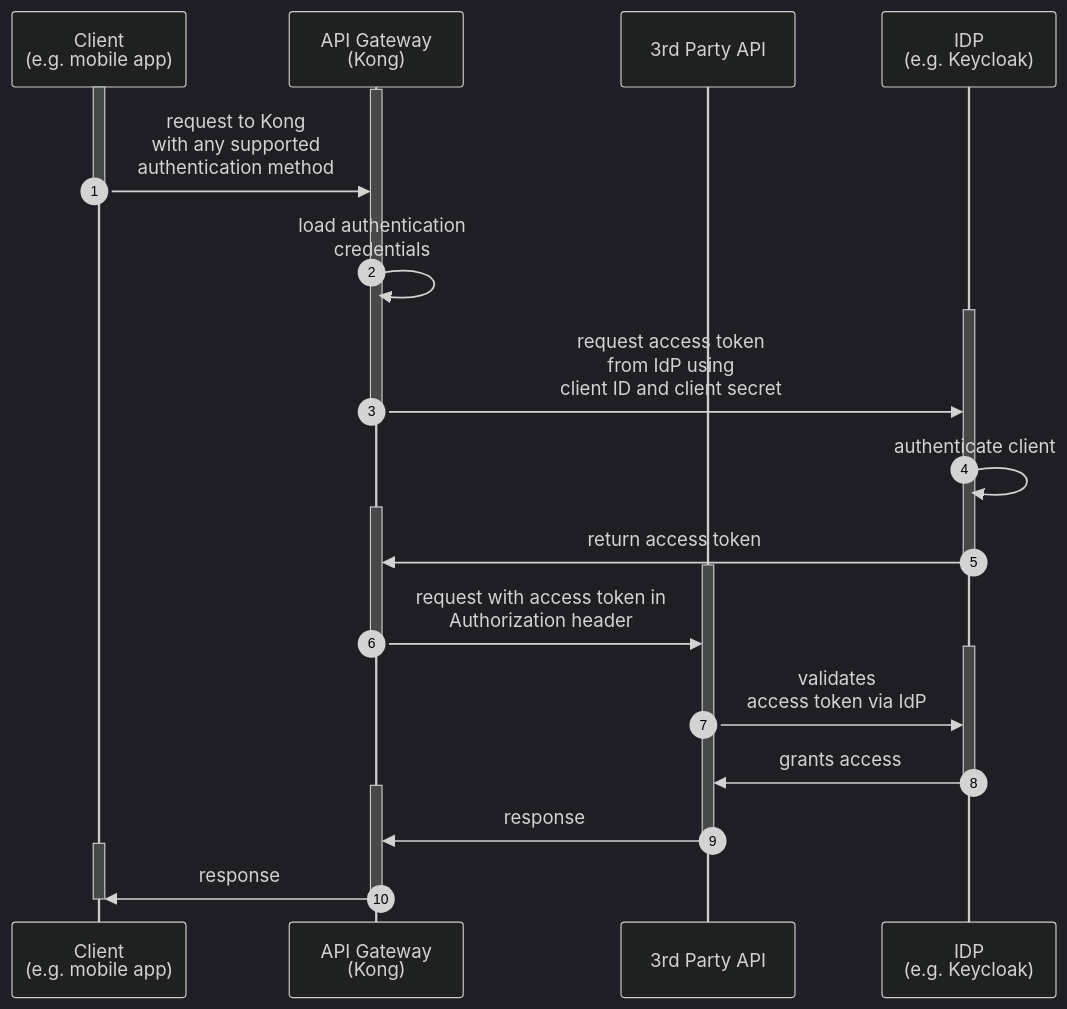
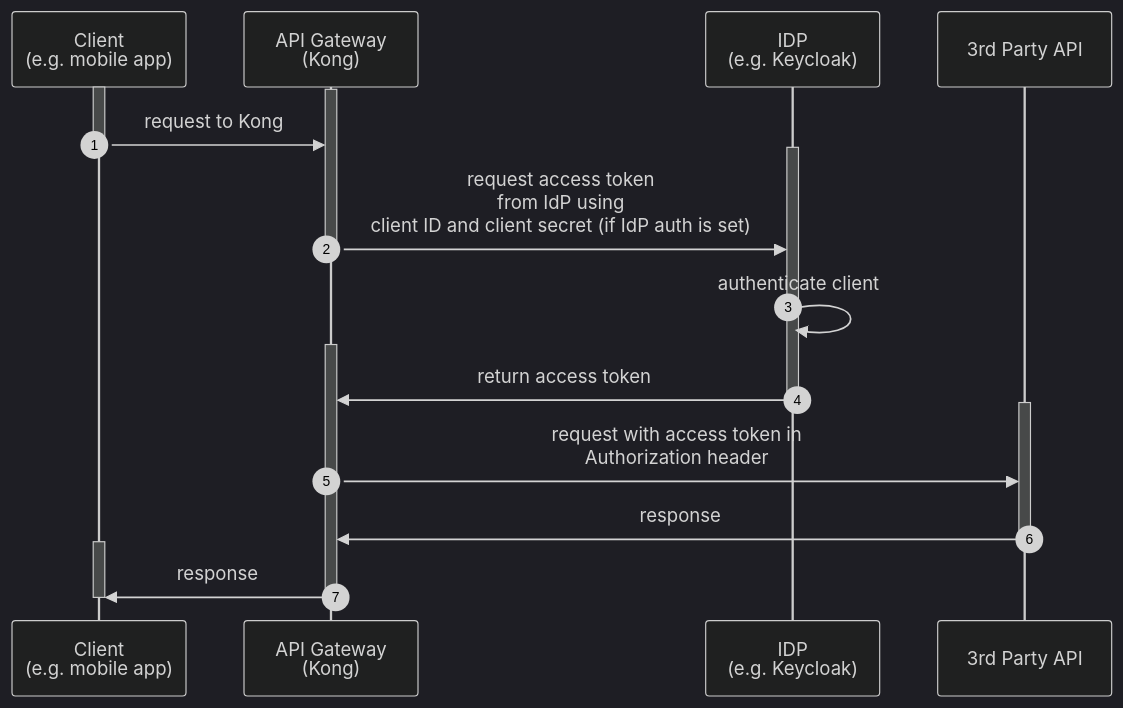
Before and after one commit to Kong/docs.konghq.com: the diagram in app/_hub/kong-inc/upstream-oauth/overview/_index.md, drawn with Mermaid (dark theme). The commit also changed other lines of this file, not shown here.

Commit message:
Apply suggestions from code review

```diff
--- a/app/_hub/kong-inc/upstream-oauth/overview/_index.md
+++ b/app/_hub/kong-inc/upstream-oauth/overview/_index.md
@@ -16,34 +16,29 @@
 {% mermaid %}
 sequenceDiagram
     autonumber
     participant client as Client <br>(e.g. mobile app)
     participant kong as API Gateway <br>(Kong)
+    participant idp as IDP <br>(e.g. Keycloak)
     participant api as 3rd Party API
-    participant idp as IDP <br>(e.g. Keycloak)
     activate client
     activate kong
-    client->>kong: request to Kong<br>with any supported<br> authentication method
+    client->>kong: request to Kong
     deactivate client
-    kong->>kong: load authentication<br> credentials
     activate idp
-    kong->>idp: request access token <br>from IdP using <br>client ID and client secret
+    kong->>idp: request access token <br>from IdP using <br>client ID and client secret (if IdP auth is set)
     deactivate kong
     idp->>idp: authenticate client
     activate kong
     idp->>kong: return access token
     deactivate idp
     activate api
     kong->>api: request with access token in <br>Authorization header
     deactivate kong
-    activate idp
-    api->>idp: validates <br> access token via IdP
-    idp->>api: grants access
-    deactivate idp
     activate kong
     api->>kong: response
     deactivate api
     activate client
     kong->>client: response
     deactivate client
     deactivate kong
 {% endmermaid %}
```
